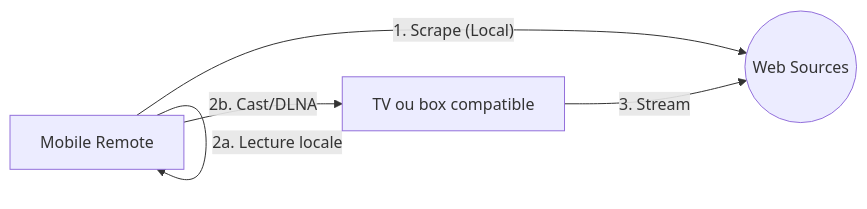
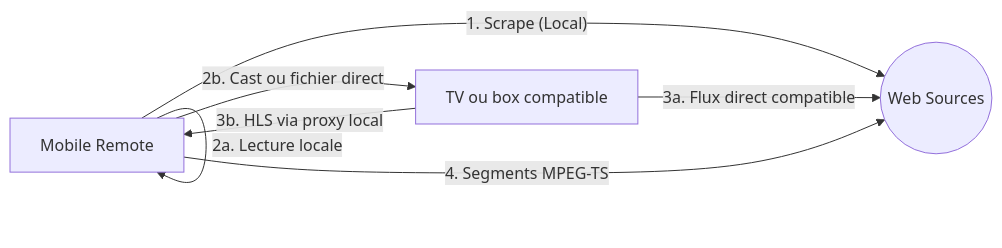
The diagram in README.md (CoRExE/Horus), drawn with Mermaid before and after one commit. The commit also changed other lines of this file and 8 other files, not shown here.

Commit message:
fix(dlna): bridge HLS streams for TV playback

````diff
--- a/README.md
+++ b/README.md
@@ -32,7 +33,9 @@
 ```mermaid
 graph LR
     A[Mobile Remote] -- "1. Scrape (Local)" --> B((Web Sources))
     A -- "2a. Lecture locale" --> A
-    A -- "2b. Cast/DLNA" --> C[TV ou box compatible]
-    C -- "3. Stream" --> B
+    A -- "2b. Cast ou fichier direct" --> C[TV ou box compatible]
+    C -- "3a. Flux direct compatible" --> B
+    C -- "3b. HLS via proxy local" --> A
+    A -- "4. Segments MPEG-TS" --> B
 ```
````
